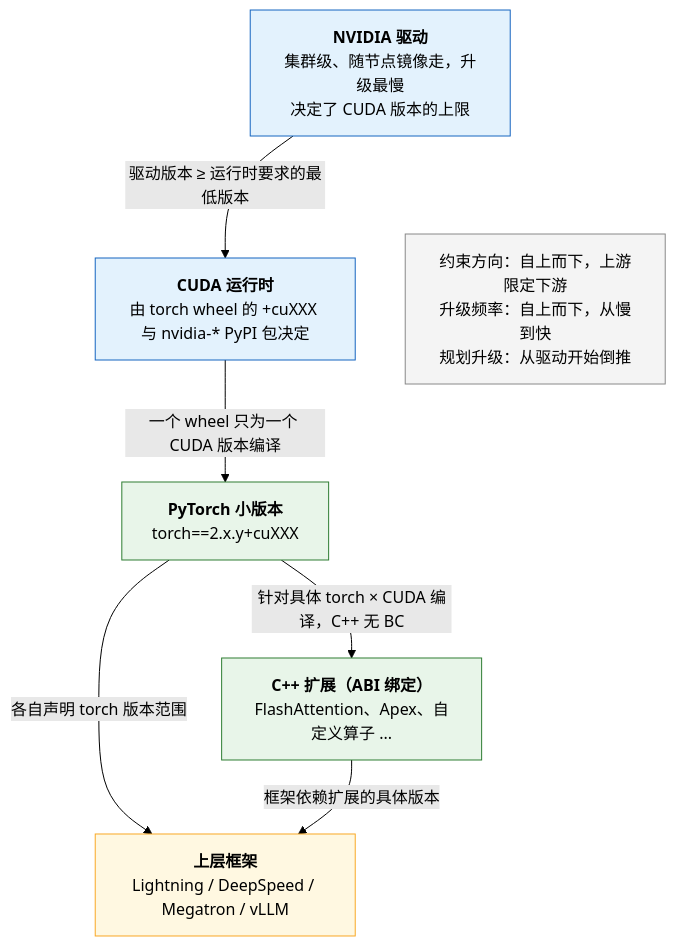
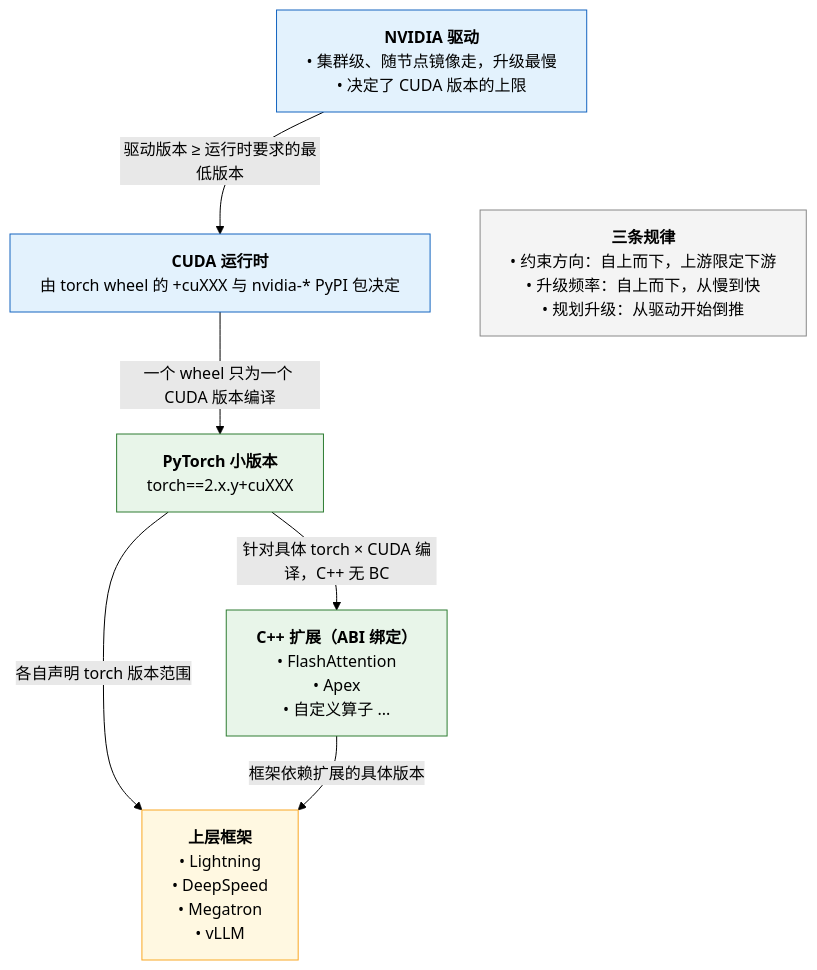
One commit to arganzheng/arganzheng.github.com changed the seventh of 7 diagrams in _posts/2026-02-26-pytorch-engineering-system.md. Above: the diagram before and after it, drawn with Mermaid (forest theme). The commit also changed other lines of this file and 9 other files, not shown here.

First line of the commit message:
PyTorch 系列其余 9 篇：流程图方框改成「标题 + 列表」

````diff
--- a/_posts/2026-02-26-pytorch-engineering-system.md
+++ b/_posts/2026-02-26-pytorch-engineering-system.md
@@ -932,26 +936,27 @@
 ```mermaid
+%%{init: {"flowchart": {"wrappingWidth": 440}}}%%
 %% 图：兼容矩阵的单向约束链：驱动 → CUDA → PyTorch → C++ 扩展 → 上层框架，越靠上游升级越慢
 flowchart TB
-    DRV["<b>NVIDIA 驱动</b><br/>集群级、随节点镜像走，升级最慢<br/>决定了 CUDA 版本的上限"]
+    DRV["<b>NVIDIA 驱动</b><br/>• 集群级、随节点镜像走，升级最慢<br/>• 决定了 CUDA 版本的上限"]
     CUDA["<b>CUDA 运行时</b><br/>由 torch wheel 的 +cuXXX 与 nvidia-* PyPI 包决定"]
     PT["<b>PyTorch 小版本</b><br/>torch==2.x.y+cuXXX"]
-    EXT["<b>C++ 扩展（ABI 绑定）</b><br/>FlashAttention、Apex、自定义算子 ..."]
-    FW["<b>上层框架</b><br/>Lightning / DeepSpeed / Megatron / vLLM"]
-    NOTE["约束方向：自上而下，上游限定下游<br/>升级频率：自上而下，从慢到快<br/>规划升级：从驱动开始倒推"]
+    EXT["<b>C++ 扩展（ABI 绑定）</b><br/>• FlashAttention<br/>• Apex<br/>• 自定义算子 ..."]
+    FW["<b>上层框架</b><br/>• Lightning<br/>• DeepSpeed<br/>• Megatron<br/>• vLLM"]
+    NOTE["<b>三条规律</b><br/>• 约束方向：自上而下，上游限定下游<br/>• 升级频率：自上而下，从慢到快<br/>• 规划升级：从驱动开始倒推"]
 
     DRV -->|"驱动版本 ≥ 运行时要求的最低版本"| CUDA
     CUDA -->|"一个 wheel 只为一个 CUDA 版本编译"| PT
     PT -->|"针对具体 torch × CUDA 编译，C++ 无 BC"| EXT
     PT -->|"各自声明 torch 版本范围"| FW
     EXT -->|"框架依赖扩展的具体版本"| FW
     DRV ~~~ NOTE
 
     classDef slow fill:#e3f2fd,stroke:#1565c0;
     classDef mid fill:#e8f5e9,stroke:#2e7d32;
     classDef fast fill:#fff8e1,stroke:#f9a825;
     classDef note fill:#f4f4f4,stroke:#888;
     class DRV,CUDA slow;
     class PT,EXT mid;
     class FW fast;
     class NOTE note;
 ```
````
